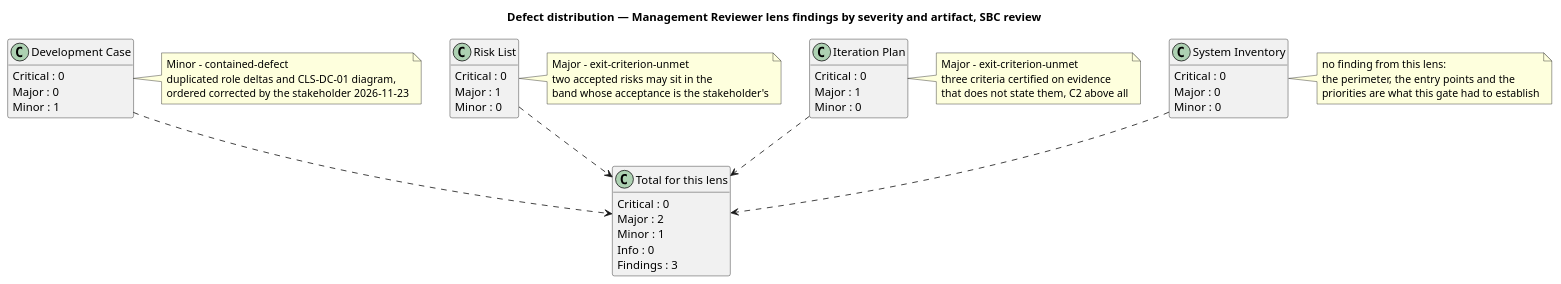
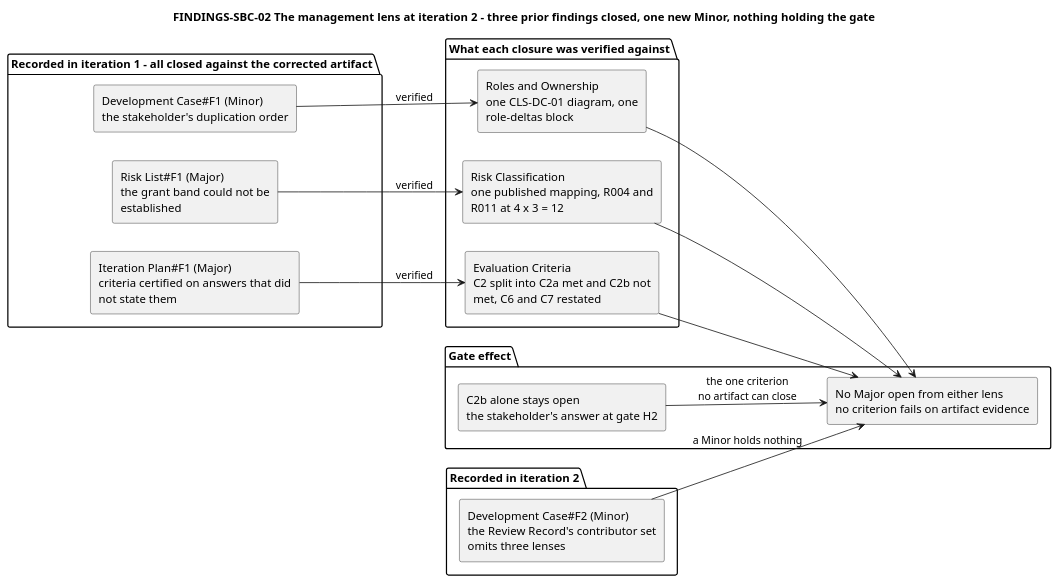
One commit to banense-test/TodoApp changed the fifth of 13 diagrams in docs/artifacts/project-management/review-record.md. Above: the diagram before and after it, drawn with PlantUML. The commit also changed other lines of this file, not shown here.

Commit message:
Management Reviewer [Survey2]: upsert Review Record
[skip ci]

````diff
--- a/docs/artifacts/project-management/review-record.md
+++ b/docs/artifacts/project-management/review-record.md
@@ -461,66 +461,40 @@
 ```plantuml
 @startuml
-title Defect distribution — Management Reviewer lens findings by severity and artifact, SBC review
+title FINDINGS-SBC-02 The management lens at iteration 2 - three prior findings closed, one new Minor, nothing holding the gate
 
 skinparam shadowing false
-skinparam classAttributeIconSize 0
-hide empty members
+left to right direction
+skinparam componentStyle rectangle
+skinparam wrapWidth 240
 
-class "Development Case" as DC {
-  Critical : 0
-  Major : 0
-  Minor : 1
-}
-note right of DC
-  Minor - contained-defect
-  duplicated role deltas and CLS-DC-01 diagram,
-  ordered corrected by the stakeholder 2026-11-23
-end note
-
-class "Risk List" as RL {
-  Critical : 0
-  Major : 1
-  Minor : 0
-}
-note right of RL
-  Major - exit-criterion-unmet
-  two accepted risks may sit in the
-  band whose acceptance is the stakeholder's
-end note
-
-class "Iteration Plan" as IP {
-  Critical : 0
-  Major : 1
-  Minor : 0
-}
-note right of IP
-  Major - exit-criterion-unmet
-  three criteria certified on evidence
-  that does not state them, C2 above all
-end note
-
-class "System Inventory" as SI {
-  Critical : 0
-  Major : 0
-  Minor : 0
-}
-note right of SI
-  no finding from this lens:
-  the perimeter, the entry points and the
-  priorities are what this gate had to establish
-end note
-
-class "Total for this lens" as TOT {
-  Critical : 0
-  Major : 2
-  Minor : 1
-  Info : 0
-  Findings : 3
+package "Recorded in iteration 1 - all closed against the corrected artifact" {
+  component "Development Case#F1 (Minor)\nthe stakeholder's duplication order" as DC1
+  component "Risk List#F1 (Major)\nthe grant band could not be established" as RL1
+  component "Iteration Plan#F1 (Major)\ncriteria certified on answers that did not state them" as IP1
 }
 
-DC ..> TOT
-RL ..> TOT
-IP ..> TOT
-SI ..> TOT
+package "Recorded in iteration 2" {
+  component "Development Case#F2 (Minor)\nthe Review Record's contributor set omits three lenses" as DC2
+}
+
+package "What each closure was verified against" {
+  component "Roles and Ownership\none CLS-DC-01 diagram, one role-deltas block" as V1
+  component "Risk Classification\none published mapping, R004 and R011 at 4 x 3 = 12" as V2
+  component "Evaluation Criteria\nC2 split into C2a met and C2b not met, C6 and C7 restated" as V3
+}
+
+package "Gate effect" {
+  component "No Major open from either lens\nno criterion fails on artifact evidence" as GATE
+  component "C2b alone stays open\nthe stakeholder's answer at gate H2" as H2
+}
+
+DC1 --> V1 : verified
+RL1 --> V2 : verified
+IP1 --> V3 : verified
+V1 --> GATE
+V2 --> GATE
+V3 --> GATE
+DC2 --> GATE : a Minor holds nothing
+H2 --> GATE : the one criterion\nno artifact can close
 @enduml
 ```
````
